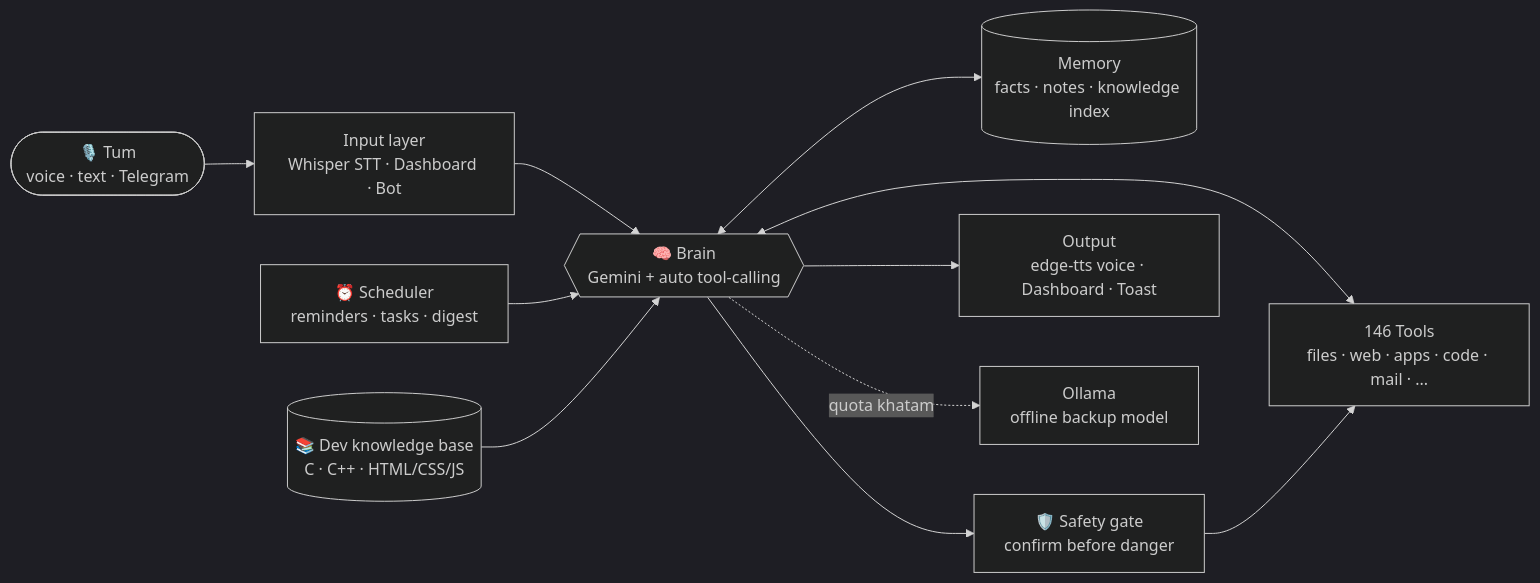
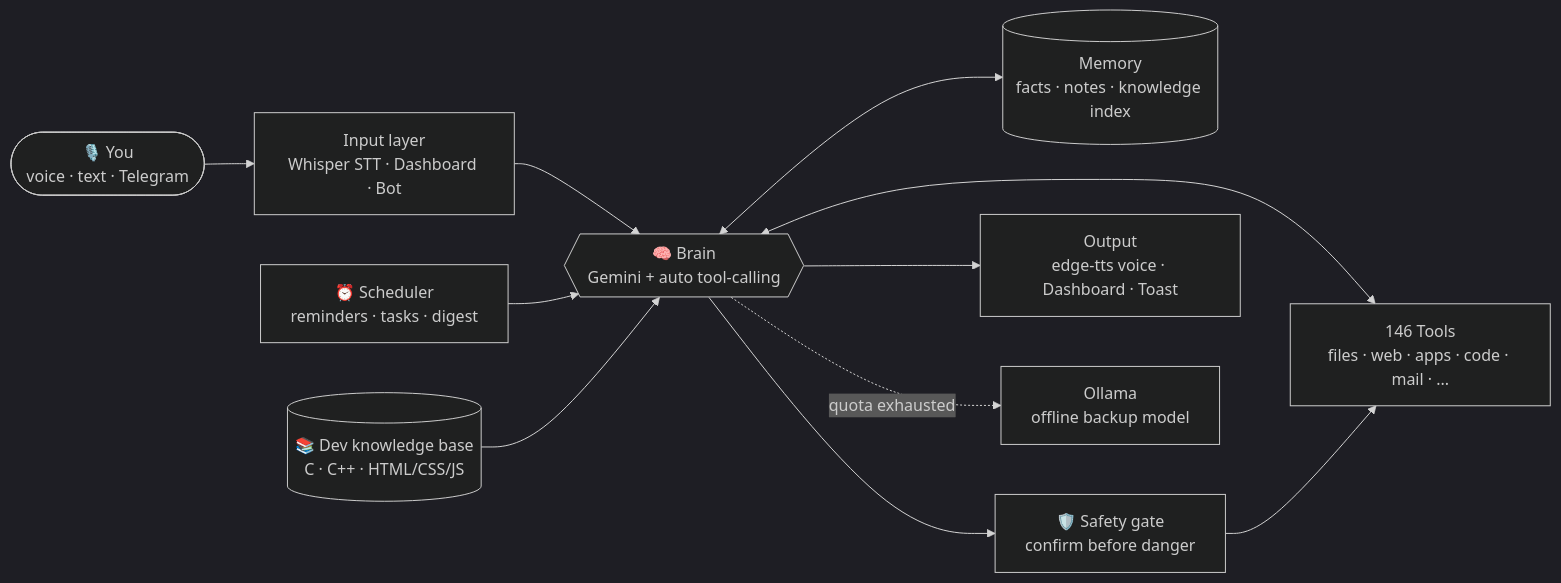
One commit to Ghanshyam787/Glacier changed the first of 2 diagrams in README.md. Above: the diagram before and after it, drawn with Mermaid (dark theme). The commit also changed other lines of this file, not shown here.

````diff
--- a/README.md
+++ b/README.md
@@ -55,13 +55,13 @@
 ```mermaid
 flowchart LR
-    U([🎙️ Tum<br/>voice · text · Telegram]) --> I[Input layer<br/>Whisper STT · Dashboard · Bot]
+    U([🎙️ You<br/>voice · text · Telegram]) --> I[Input layer<br/>Whisper STT · Dashboard · Bot]
     I --> B{{🧠 Brain<br/>Gemini + auto tool-calling}}
     B <--> T[146 Tools<br/>files · web · apps · code · mail · ...]
     B <--> M[(Memory<br/>facts · notes · knowledge index)]
     B --> S[🛡️ Safety gate<br/>confirm before danger]
     S --> T
     B --> O[Output<br/>edge-tts voice · Dashboard · Toast]
     SC[⏰ Scheduler<br/>reminders · tasks · digest] --> B
     KB[(📚 Dev knowledge base<br/>C · C++ · HTML/CSS/JS)] --> B
-    B -. quota khatam .-> L[Ollama<br/>offline backup model]
+    B -. quota exhausted .-> L[Ollama<br/>offline backup model]
 ```
````
